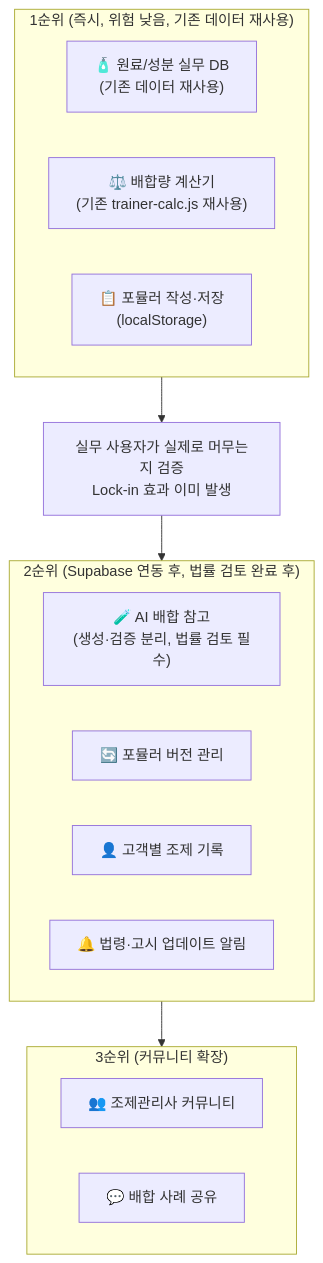
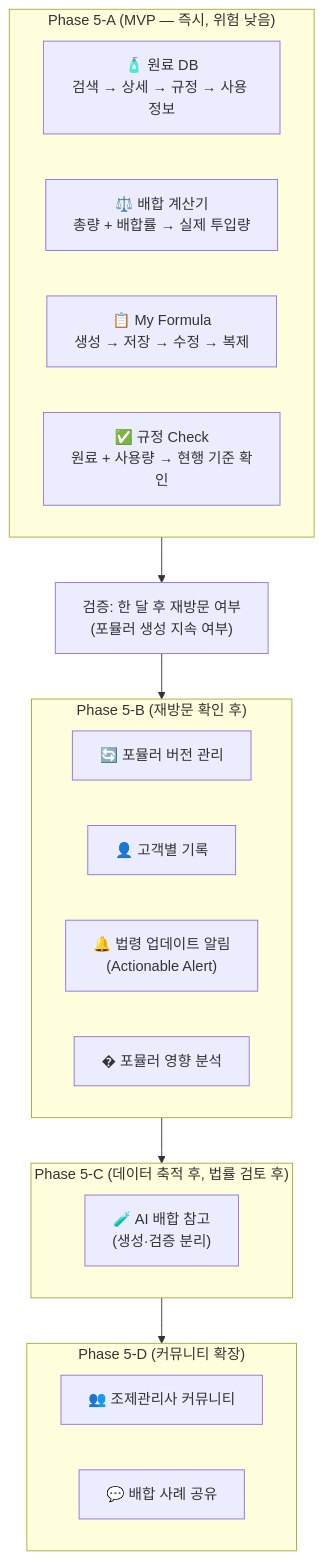
The tenth of 11 diagrams in docs/dev/PASS_TO_PRACTICE_STRATEGY.md (skygoldlee-cyber/Personalized_Skincare), drawn with Mermaid before and after one commit. The commit also changed other lines of this file, not shown here.

````diff
--- a/docs/dev/PASS_TO_PRACTICE_STRATEGY.md
+++ b/docs/dev/PASS_TO_PRACTICE_STRATEGY.md
@@ -879,22 +976,26 @@
 ```mermaid
 flowchart TD
-    subgraph P1 ["1순위 (즉시, 위험 낮음, 기존 데이터 재사용)"]
-        P1A["🧴 원료/성분 실무 DB<br/>(기존 데이터 재사용)"]
-        P1B["⚖️ 배합량 계산기<br/>(기존 trainer-calc.js 재사용)"]
-        P1C["📋 포뮬러 작성·저장<br/>(localStorage)"]
+    subgraph P5A ["Phase 5-A (MVP — 즉시, 위험 낮음)"]
+        P5A1["🧴 원료 DB<br/>검색 → 상세 → 규정 → 사용 정보"]
+        P5A2["⚖️ 배합 계산기<br/>총량 + 배합률 → 실제 투입량"]
+        P5A3["📋 My Formula<br/>생성 → 저장 → 수정 → 복제"]
+        P5A4["✅ 규정 Check<br/>원료 + 사용량 → 현행 기준 확인"]
     end
-    P1 --> V1["실무 사용자가 실제로 머무는지 검증<br/>Lock-in 효과 이미 발생"]
-    V1 --> P2
-    subgraph P2 ["2순위 (Supabase 연동 후, 법률 검토 완료 후)"]
-        P2A["🧪 AI 배합 참고<br/>(생성·검증 분리, 법률 검토 필수)"]
-        P2B["🔄 포뮬러 버전 관리"]
-        P2C["👤 고객별 조제 기록"]
-        P2D["🔔 법령·고시 업데이트 알림"]
+    P5A --> V5A["검증: 한 달 후 재방문 여부<br/>(포뮬러 생성 지속 여부)"]
+    V5A --> P5B
+    subgraph P5B ["Phase 5-B (재방문 확인 후)"]
+        P5B1["🔄 포뮬러 버전 관리"]
+        P5B2["👤 고객별 기록"]
+        P5B3["🔔 법령 업데이트 알림<br/>(Actionable Alert)"]
+        P5B4["� 포뮬러 영향 분석"]
     end
-    P2 --> P3
-    subgraph P3 ["3순위 (커뮤니티 확장)"]
-        P3A["👥 조제관리사 커뮤니티"]
-        P3B["💬 배합 사례 공유"]
+    P5B --> P5C
+    subgraph P5C ["Phase 5-C (데이터 축적 후, 법률 검토 후)"]
+        P5C1["🧪 AI 배합 참고<br/>(생성·검증 분리)"]
     end
-
+    P5C --> P5D
+    subgraph P5D ["Phase 5-D (커뮤니티 확장)"]
+        P5D1["👥 조제관리사 커뮤니티"]
+        P5D2["💬 배합 사례 공유"]
+    end
 ```
````
